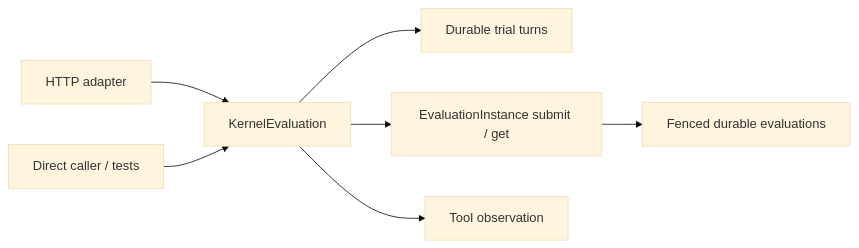
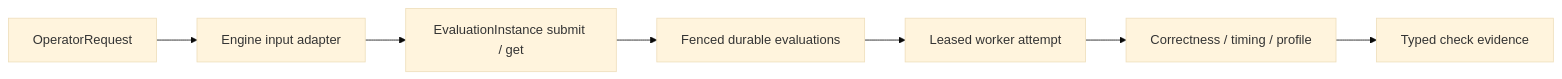
The diagram in docs/architecture/kernel-evaluation.md (CARI-DAAL/triton-op-evaluation), drawn with Mermaid (base theme) before and after one commit. The commit also changed other lines of this file and 162 other files, not shown here.

````diff
--- a/docs/architecture/kernel-evaluation.md
+++ b/docs/architecture/kernel-evaluation.md
@@ -9,9 +14,9 @@
 ```mermaid
 flowchart LR
-    HTTP[HTTP adapter] --> Intent[KernelEvaluation]
-    Direct[Direct caller / tests] --> Intent
-    Intent --> Budget[Durable trial turns]
-    Intent --> Instance[EvaluationInstance submit / get]
+    HTTP[OperatorRequest] --> Adapter[Engine input adapter]
+    Adapter --> Instance[EvaluationInstance submit / get]
     Instance --> Store[Fenced durable evaluations]
-    Intent --> Renderer[Tool observation]
+    Store --> Worker[Leased worker attempt]
+    Worker --> Engine[Correctness / timing / profile]
+    Engine --> Evidence[Typed check evidence]
 ```
````
